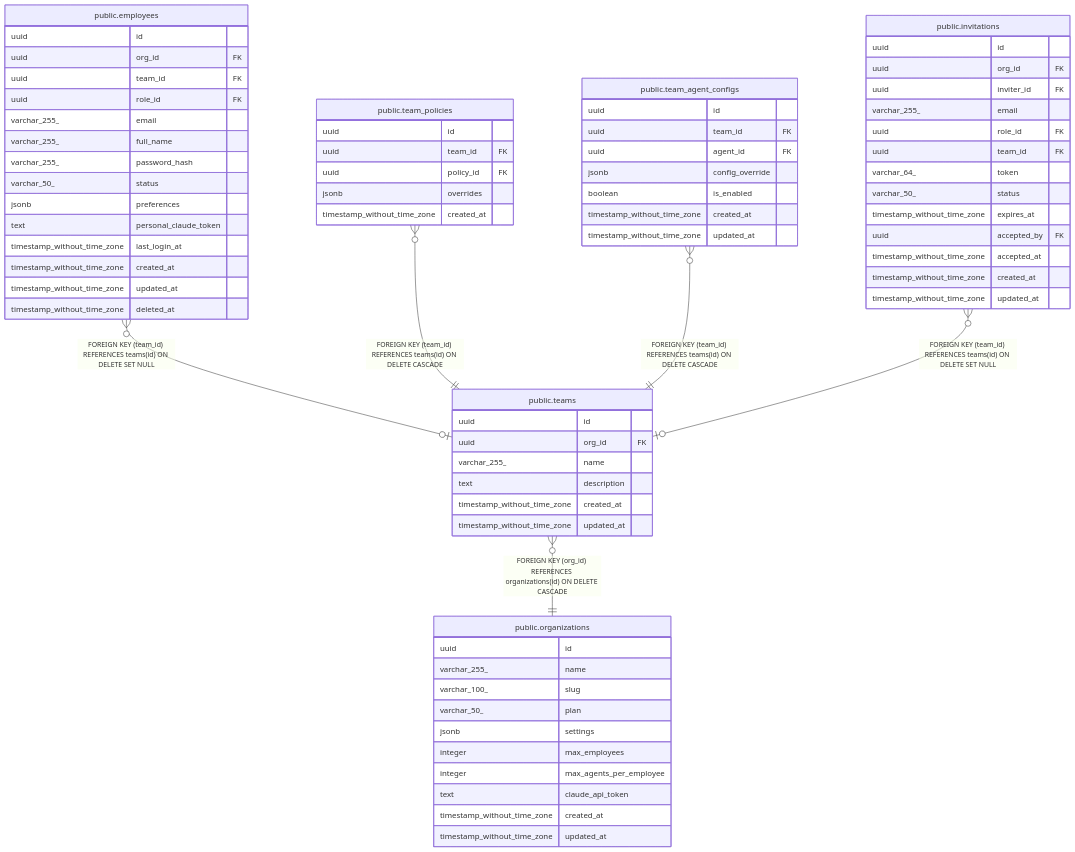
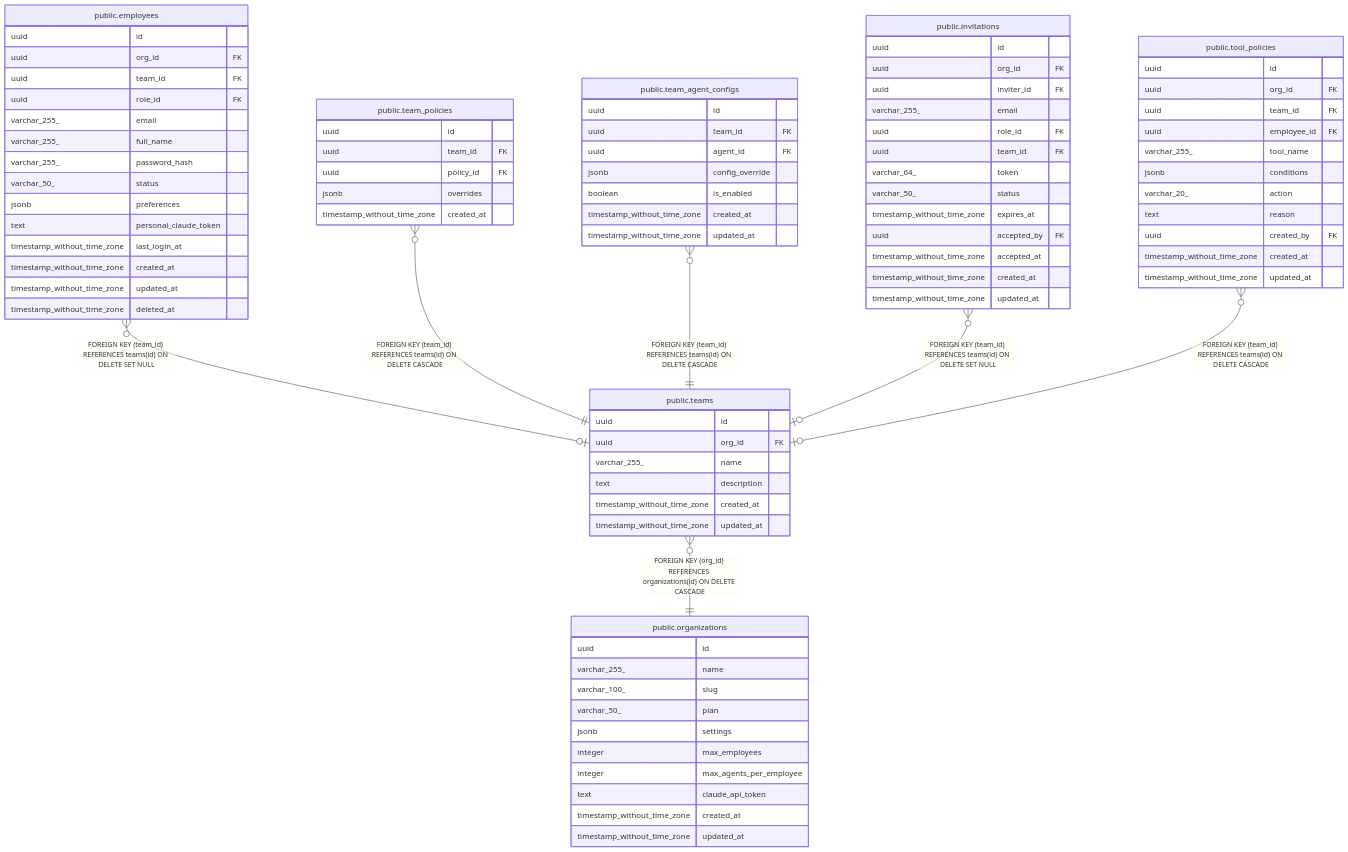
One commit to rastrigin-systems/arfa changed the diagram in docs/public.teams.md. Above: the diagram before and after it, drawn with Mermaid. The commit also changed other lines of this file and 27 other files, not shown here.

Commit message:
chore: Update docs, seeds, and docker-compose for webhook schema (#390)

```diff
--- a/docs/public.teams.md
+++ b/docs/public.teams.md
@@ -44,6 +44,7 @@
 "public.team_policies" }o--|| "public.teams" : "FOREIGN KEY (team_id) REFERENCES teams(id) ON DELETE CASCADE"
 "public.team_agent_configs" }o--|| "public.teams" : "FOREIGN KEY (team_id) REFERENCES teams(id) ON DELETE CASCADE"
 "public.invitations" }o--o| "public.teams" : "FOREIGN KEY (team_id) REFERENCES teams(id) ON DELETE SET NULL"
+"public.tool_policies" }o--o| "public.teams" : "FOREIGN KEY (team_id) REFERENCES teams(id) ON DELETE CASCADE"
 "public.teams" }o--|| "public.organizations" : "FOREIGN KEY (org_id) REFERENCES organizations(id) ON DELETE CASCADE"
 
 "public.teams" {
@@ -101,6 +102,19 @@
   timestamp_without_time_zone created_at
   timestamp_without_time_zone updated_at
 }
+"public.tool_policies" {
+  uuid id
+  uuid org_id FK
+  uuid team_id FK
+  uuid employee_id FK
+  varchar_255_ tool_name
+  jsonb conditions
+  varchar_20_ action
+  text reason
+  uuid created_by FK
+  timestamp_without_time_zone created_at
+  timestamp_without_time_zone updated_at
+}
 "public.organizations" {
   uuid id
   varchar_255_ name
```
